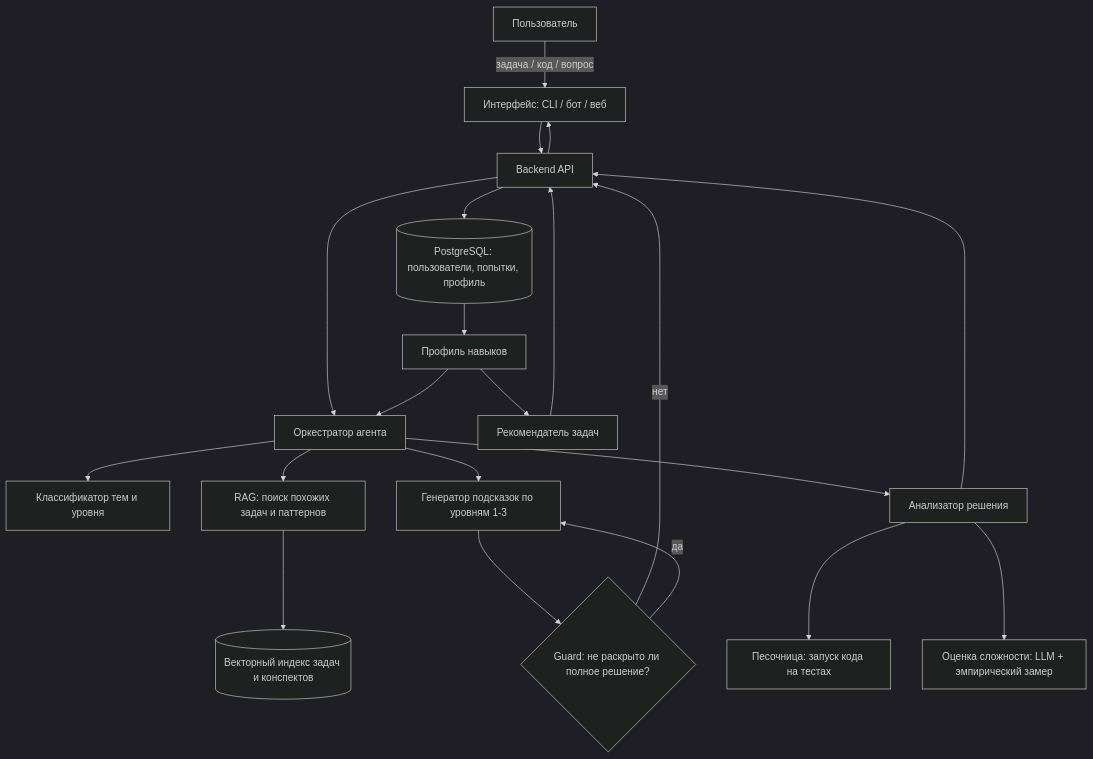
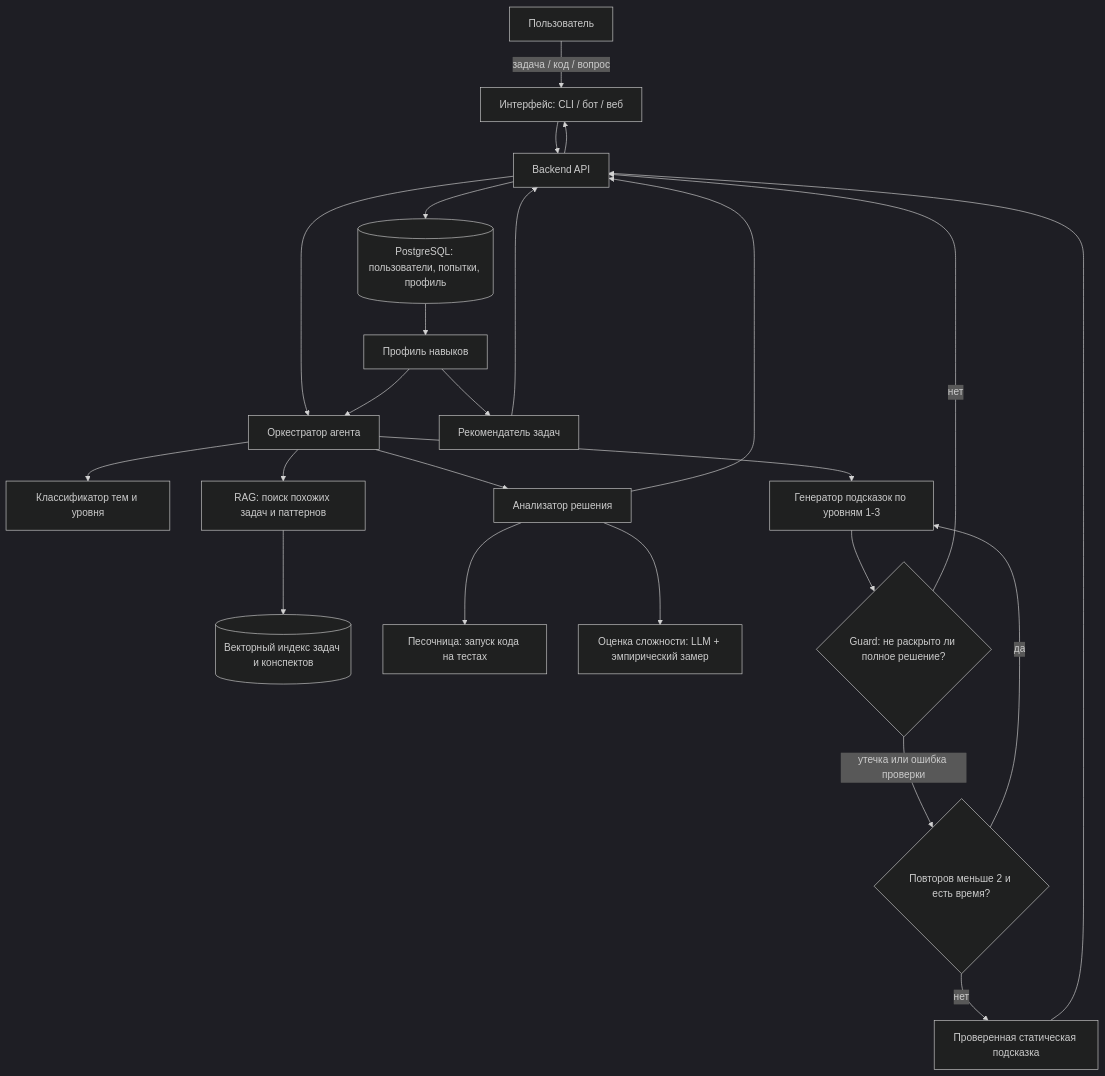
The first of 2 diagrams in docs/ml_system_design_doc.md (mnenadoeloo/algomind), drawn with Mermaid (dark theme) before and after one commit. The commit also changed other lines of this file and 3 other files, not shown here.

````diff
--- a/docs/ml_system_design_doc.md
+++ b/docs/ml_system_design_doc.md
@@ -162,29 +186,32 @@
 ```mermaid
 flowchart TD
     U[Пользователь] -->|задача / код / вопрос| UI[Интерфейс: CLI / бот / веб]
     UI --> API[Backend API]
 
     API --> ORCH[Оркестратор агента]
 
     ORCH --> CLS[Классификатор тем и уровня]
     ORCH --> RAG[RAG: поиск похожих задач и паттернов]
     ORCH --> HINT[Генератор подсказок по уровням 1-3]
     ORCH --> EVAL[Анализатор решения]
 
     RAG --> VDB[(Векторный индекс задач и конспектов)]
     EVAL --> SBX[Песочница: запуск кода на тестах]
     EVAL --> CPX[Оценка сложности: LLM + эмпирический замер]
 
     HINT --> GUARD{Guard: не раскрыто ли полное решение?}
     GUARD -- нет --> API
-    GUARD -- да --> HINT
+    GUARD -- утечка или ошибка проверки --> RETRY{Повторов меньше 2 и есть время?}
+    RETRY -- да --> HINT
+    RETRY -- нет --> STATIC[Проверенная статическая подсказка]
+    STATIC --> API
 
     EVAL --> API
     API --> UI
 
     API --> DB[(PostgreSQL: пользователи, попытки, профиль)]
     DB --> PROF[Профиль навыков]
     PROF --> REC[Рекомендатель задач]
     REC --> API
     PROF --> ORCH
 ```
````
